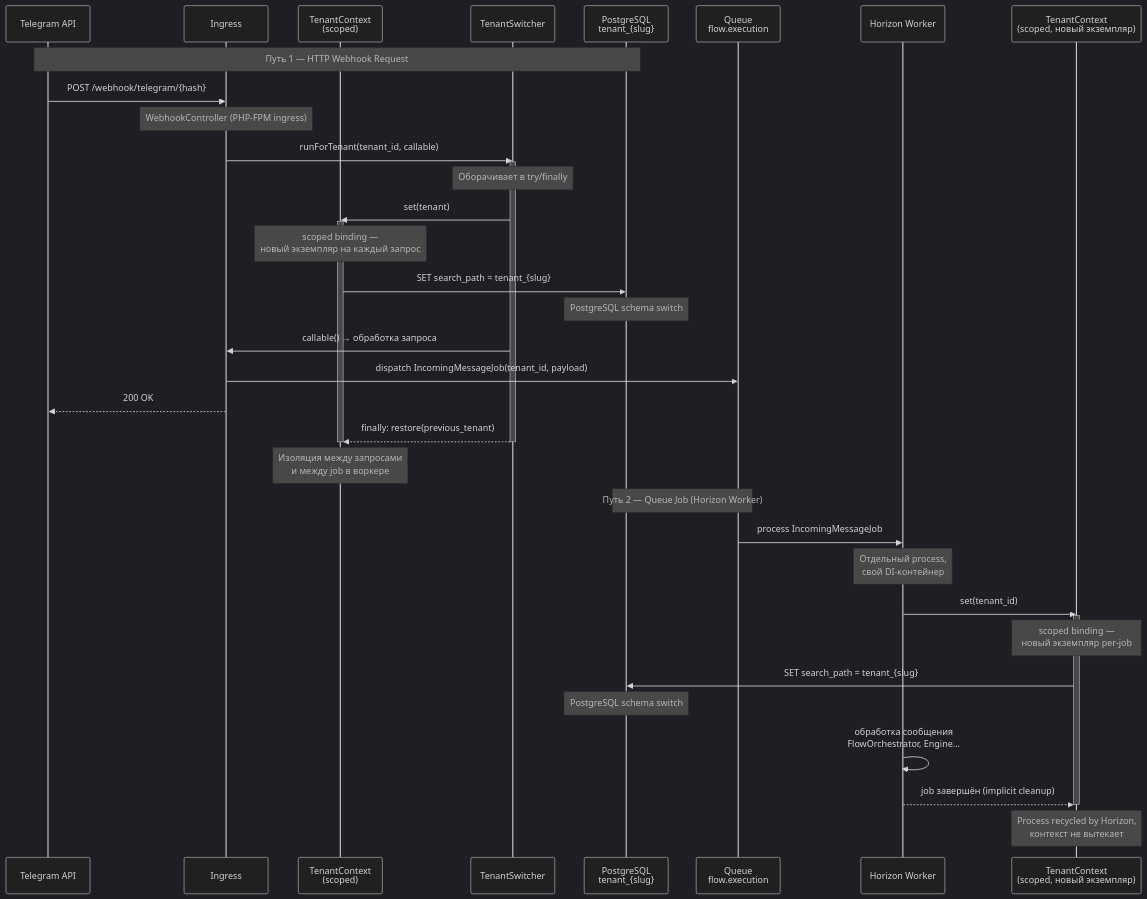
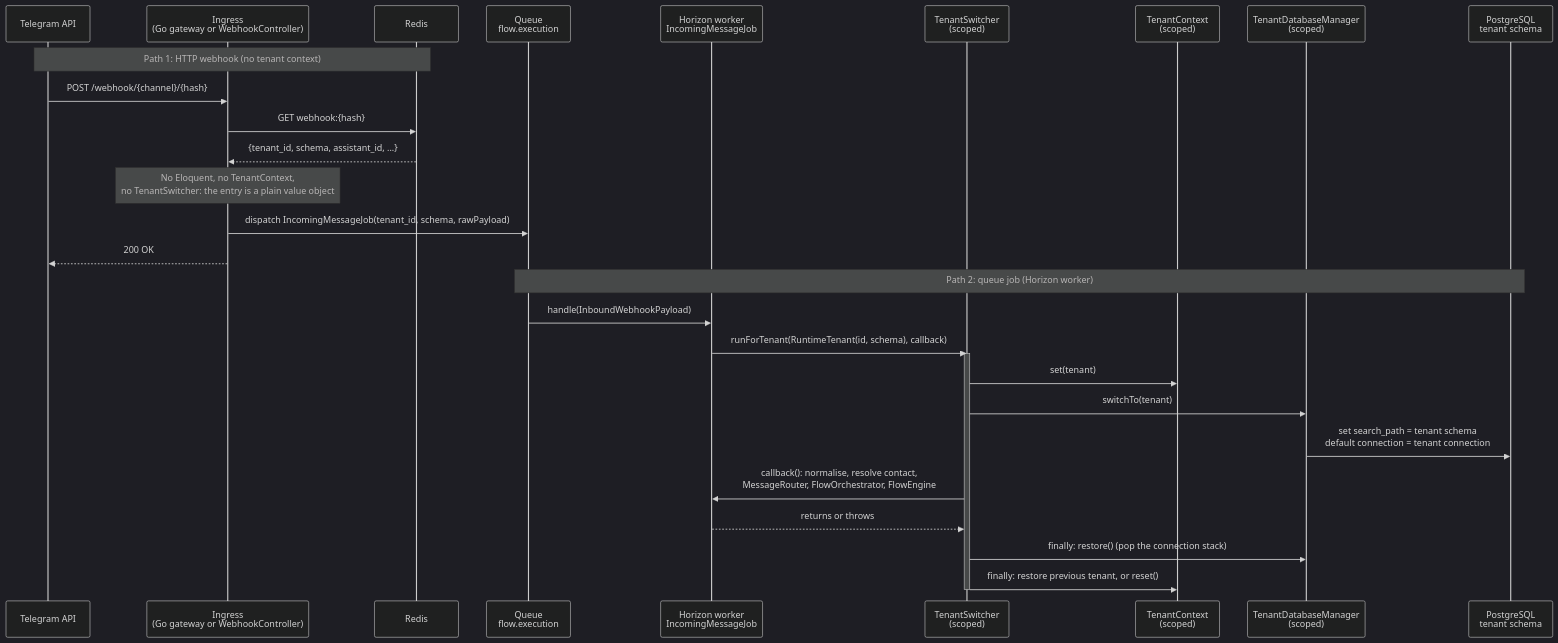
One commit to fapost-lab/core changed the diagram in docs/reference/diagrams/03-tenant-context.md. Above: the diagram before and after it, drawn with Mermaid (dark theme). The commit also changed other lines of this file and 256 other files, not shown here.

````diff
--- a/docs/reference/diagrams/03-tenant-context.md
+++ b/docs/reference/diagrams/03-tenant-context.md
@@ -5,54 +6,35 @@
 ```mermaid
 sequenceDiagram
     participant TG as Telegram API
-    participant OC as Ingress
+    participant OC as Ingress<br/>(Go gateway or WebhookController)
+    participant RD as Redis
+    participant Q as Queue<br/>flow.execution
+    participant JW as Horizon worker<br/>IncomingMessageJob
+    participant TS as TenantSwitcher<br/>(scoped)
     participant TC as TenantContext<br/>(scoped)
-    participant TS as TenantSwitcher
-    participant DB as PostgreSQL<br/>tenant_{slug}
-    participant Q as Queue<br/>flow.execution
-    participant JW as Horizon Worker
-    participant TC2 as TenantContext<br/>(scoped, новый экземпляр)
+    participant DM as TenantDatabaseManager<br/>(scoped)
+    participant DB as PostgreSQL<br/>tenant schema
 
-    Note over TG,DB: Путь 1 — HTTP Webhook Request
+    Note over TG,RD: Path 1: HTTP webhook (no tenant context)
 
-    TG->>OC: POST /webhook/telegram/{hash}
-    Note over OC: WebhookController (PHP-FPM ingress)
-
-    OC->>TS: runForTenant(tenant_id, callable)
-    activate TS
-    Note over TS: Оборачивает в try/finally
-
-    TS->>TC: set(tenant)
-    activate TC
-    Note over TC: scoped binding —<br/>новый экземпляр на каждый запрос
-
-    TC->>DB: SET search_path = tenant_{slug}
-    Note over DB: PostgreSQL schema switch
-
-    TS->>OC: callable() → обработка запроса
-    OC->>Q: dispatch IncomingMessageJob(tenant_id, payload)
+    TG->>OC: POST /webhook/{channel}/{hash}
+    OC->>RD: GET webhook:{hash}
+    RD-->>OC: {tenant_id, schema, assistant_id, ...}
+    Note over OC: No Eloquent, no TenantContext,<br/>no TenantSwitcher: the entry is a plain value object
+    OC->>Q: dispatch IncomingMessageJob(tenant_id, schema, rawPayload)
     OC-->>TG: 200 OK
 
-    TS-->>TC: finally: restore(previous_tenant)
-    deactivate TC
+    Note over Q,DB: Path 2: queue job (Horizon worker)
+
+    Q->>JW: handle(InboundWebhookPayload)
+    JW->>TS: runForTenant(RuntimeTenant(id, schema), callback)
+    activate TS
+    TS->>TC: set(tenant)
+    TS->>DM: switchTo(tenant)
+    DM->>DB: set search_path = tenant schema<br/>default connection = tenant connection
+    TS->>JW: callback(): normalise, resolve contact,<br/>MessageRouter, FlowOrchestrator, FlowEngine
+    JW-->>TS: returns or throws
+    TS->>DM: finally: restore() (pop the connection stack)
+    TS->>TC: finally: restore previous tenant, or reset()
     deactivate TS
-    Note over TC: Изоляция между запросами<br/>и между job в воркере
-
-    Note over Q,DB: Путь 2 — Queue Job (Horizon Worker)
-
-    Q->>JW: process IncomingMessageJob
-    Note over JW: Отдельный process,<br/>свой DI-контейнер
-
-    JW->>TC2: set(tenant_id)
-    activate TC2
-    Note over TC2: scoped binding —<br/>новый экземпляр per-job
-
-    TC2->>DB: SET search_path = tenant_{slug}
-    Note over DB: PostgreSQL schema switch
-
-    JW->>JW: обработка сообщения<br/>FlowOrchestrator, Engine...
-
-    JW-->>TC2: job завершён (implicit cleanup)
-    deactivate TC2
-    Note over TC2: Process recycled by Horizon,<br/>контекст не вытекает
 ```
````
